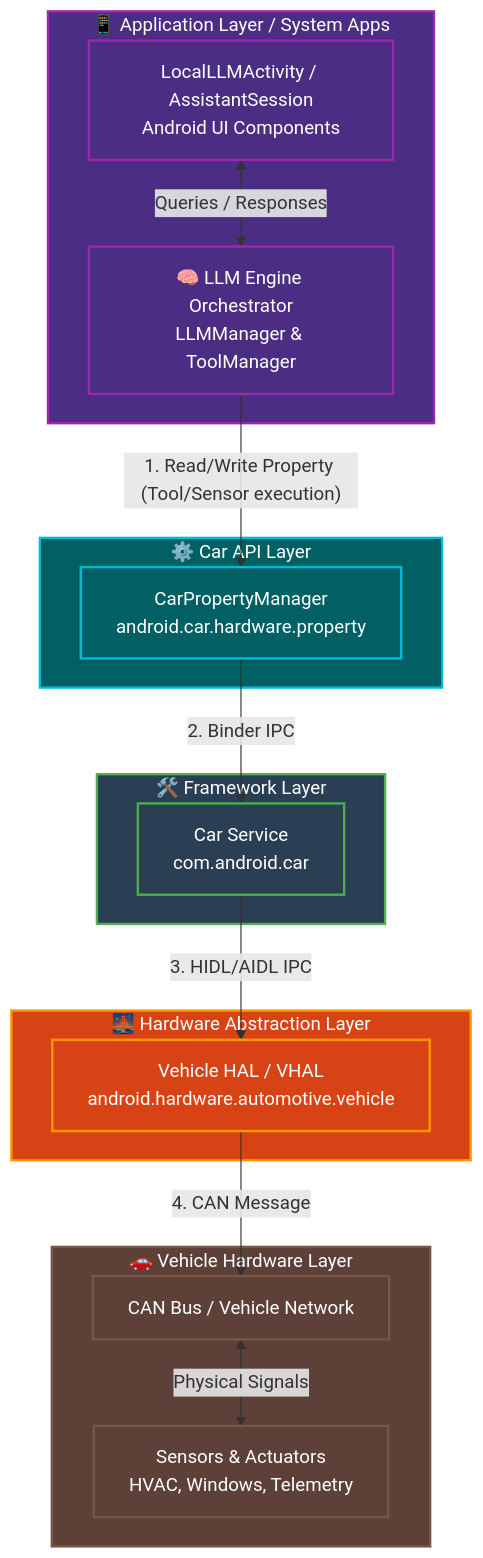
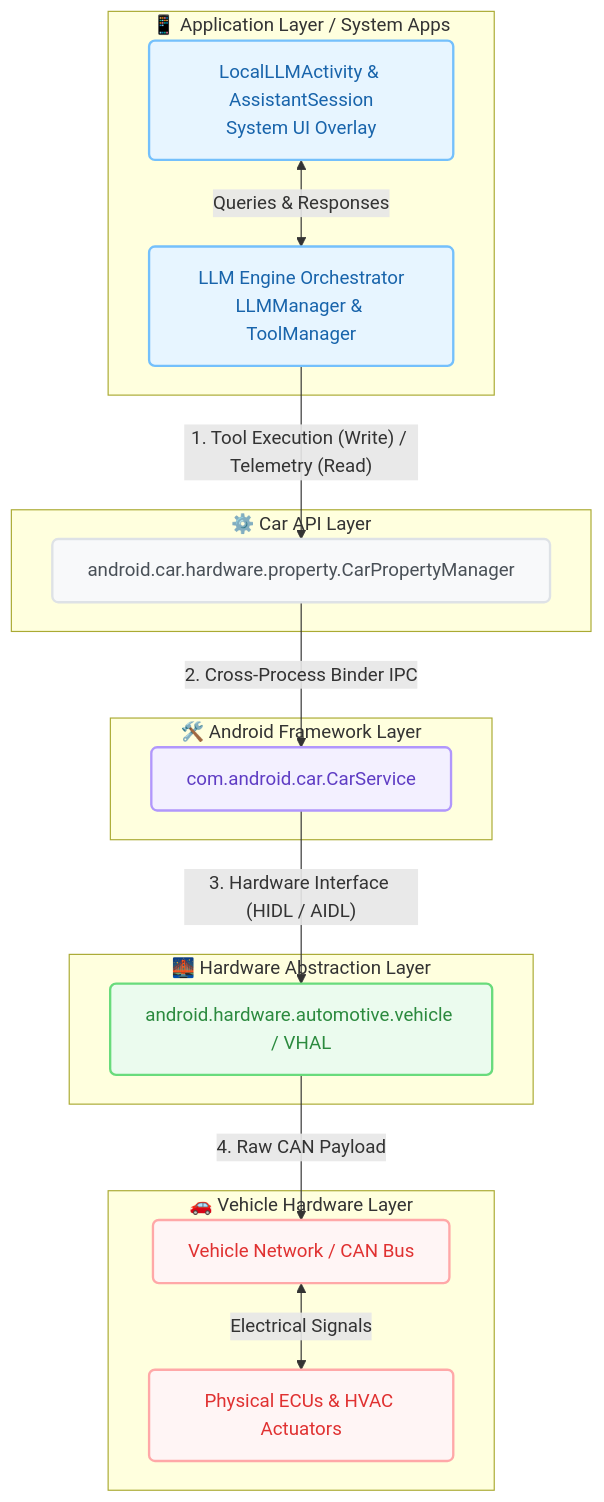
The second of 4 diagrams in ARCHITECTURE.md (hemangpandhi/ai-assistant), drawn with Mermaid before and after one commit. The commit also changed other lines of this file, not shown here.

Commit message:
docs: Upgrade all Mermaid diagrams to a sleek, modern, professional design

````diff
--- a/ARCHITECTURE.md
+++ b/ARCHITECTURE.md
@@ -62,46 +76,39 @@
 ```mermaid
-graph TD
-    %% Styling
-    classDef default fill:#1E1E1E,stroke:#333,stroke-width:2px,color:#FFF;
-    classDef app fill:#4B2E83,stroke:#9C27B0,stroke-width:2px,color:#FFF;
-    classDef api fill:#006064,stroke:#00BCD4,stroke-width:2px,color:#FFF;
-    classDef fw fill:#2A3F54,stroke:#4CAF50,stroke-width:2px,color:#FFF;
-    classDef hal fill:#D84315,stroke:#FF9800,stroke-width:2px,color:#FFF;
-    classDef hw fill:#5D4037,stroke:#795548,stroke-width:2px,color:#FFF;
+flowchart TD
+    %% Professional Styling
+    classDef sysApp fill:#e7f5ff,stroke:#74c0fc,stroke-width:2px,color:#1864ab,rx:5px,ry:5px;
+    classDef api fill:#f8f9fa,stroke:#dee2e6,stroke-width:2px,color:#495057,rx:5px,ry:5px;
+    classDef framework fill:#f3f0ff,stroke:#b197fc,stroke-width:2px,color:#5f3dc4,rx:5px,ry:5px;
+    classDef hal fill:#ebfbee,stroke:#69db7c,stroke-width:2px,color:#2b8a3e,rx:5px,ry:5px;
+    classDef hw fill:#fff5f5,stroke:#ffa8a8,stroke-width:2px,color:#e03131,rx:5px,ry:5px;
 
     subgraph Application_Layer [📱 Application Layer / System Apps]
-        UI[LocalLLMActivity / AssistantSession<br>Android UI Components]:::app
-        LLM[🧠 LLM Engine Orchestrator<br>LLMManager & ToolManager]:::app
-        UI <--> |Queries / Responses| LLM
+        APP_UI[LocalLLMActivity & AssistantSession<br>System UI Overlay]:::sysApp
+        APP_LLM[LLM Engine Orchestrator<br>LLMManager & ToolManager]:::sysApp
+        APP_UI <-->|Queries & Responses| APP_LLM
     end
 
     subgraph Car_API_Layer [⚙️ Car API Layer]
-        CPM[CarPropertyManager<br>android.car.hardware.property]:::api
+        CPM[android.car.hardware.property.CarPropertyManager]:::api
     end
 
-    subgraph Framework_Layer [🛠️ Framework Layer]
-        CS[Car Service<br>com.android.car]:::fw
+    subgraph Framework_Layer [🛠️ Android Framework Layer]
+        CS[com.android.car.CarService]:::framework
     end
 
     subgraph HAL_Layer [🌉 Hardware Abstraction Layer]
-        VHAL[Vehicle HAL / VHAL<br>android.hardware.automotive.vehicle]:::hal
+        VHAL[android.hardware.automotive.vehicle / VHAL]:::hal
     end
 
     subgraph Hardware_Layer [🚗 Vehicle Hardware Layer]
-        CAN[CAN Bus / Vehicle Network]:::hw
-        Sensors[Sensors & Actuators<br>HVAC, Windows, Telemetry]:::hw
-        CAN <--> |Physical Signals| Sensors
+        CAN[Vehicle Network / CAN Bus]:::hw
+        SENSORS[Physical ECUs & HVAC Actuators]:::hw
+        CAN <-->|Electrical Signals| SENSORS
     end
 
-    %% Connections showing data flow
-    LLM -- "1. Read/Write Property (Tool/Sensor execution)" --> CPM
-    CPM -- "2. Binder IPC" --> CS
-    CS -- "3. HIDL/AIDL IPC" --> VHAL
-    VHAL -- "4. CAN Message" --> CAN
-
-    class Application_Layer app;
-    class Car_API_Layer api;
-    class Framework_Layer fw;
-    class HAL_Layer hal;
-    class Hardware_Layer hw;
+    %% Data flow mapping
+    APP_LLM -- "1. Tool Execution (Write) / Telemetry (Read)" --> CPM
+    CPM -- "2. Cross-Process Binder IPC" --> CS
+    CS -- "3. Hardware Interface (HIDL / AIDL)" --> VHAL
+    VHAL -- "4. Raw CAN Payload" --> CAN
 ```
````
